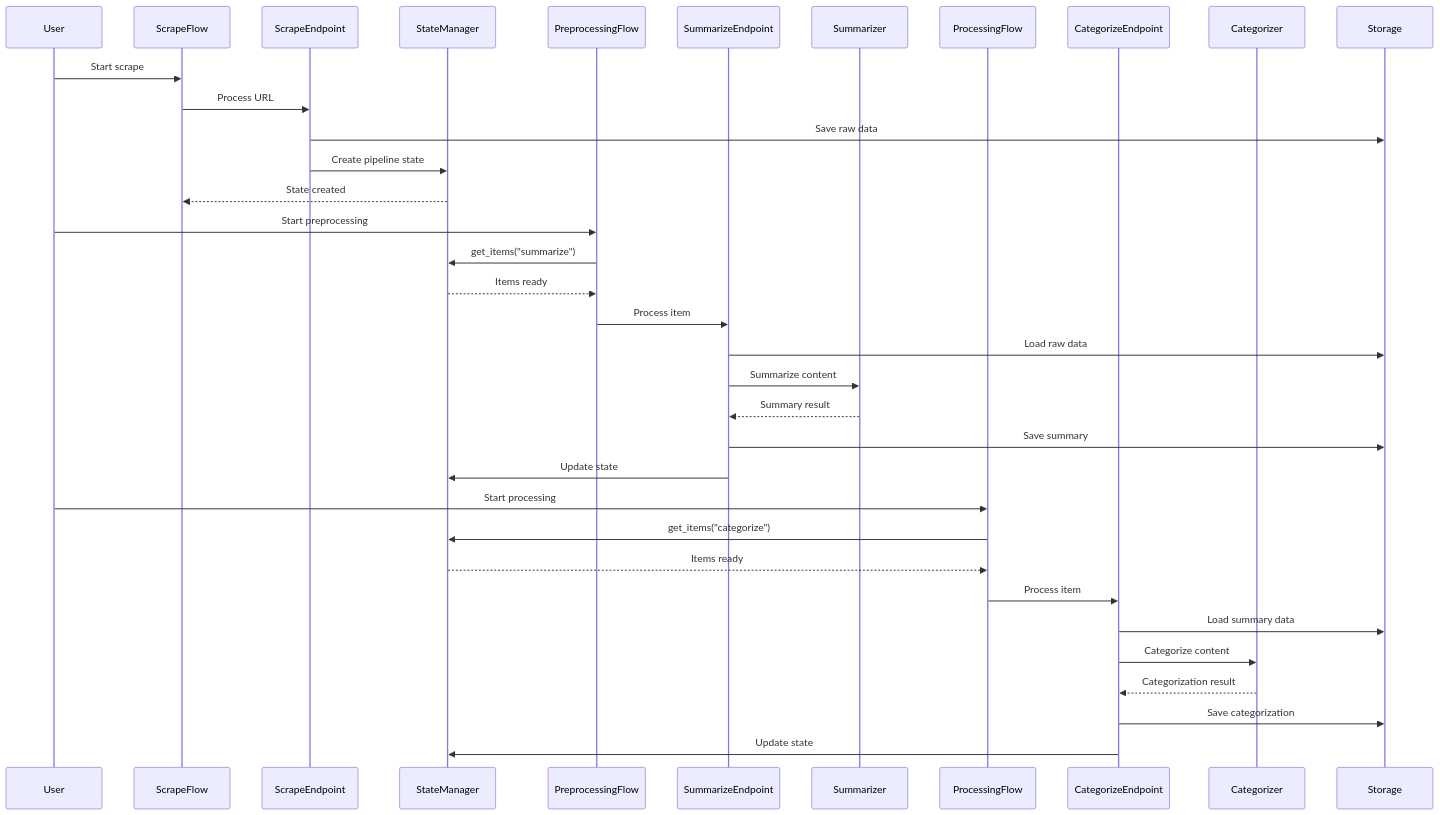
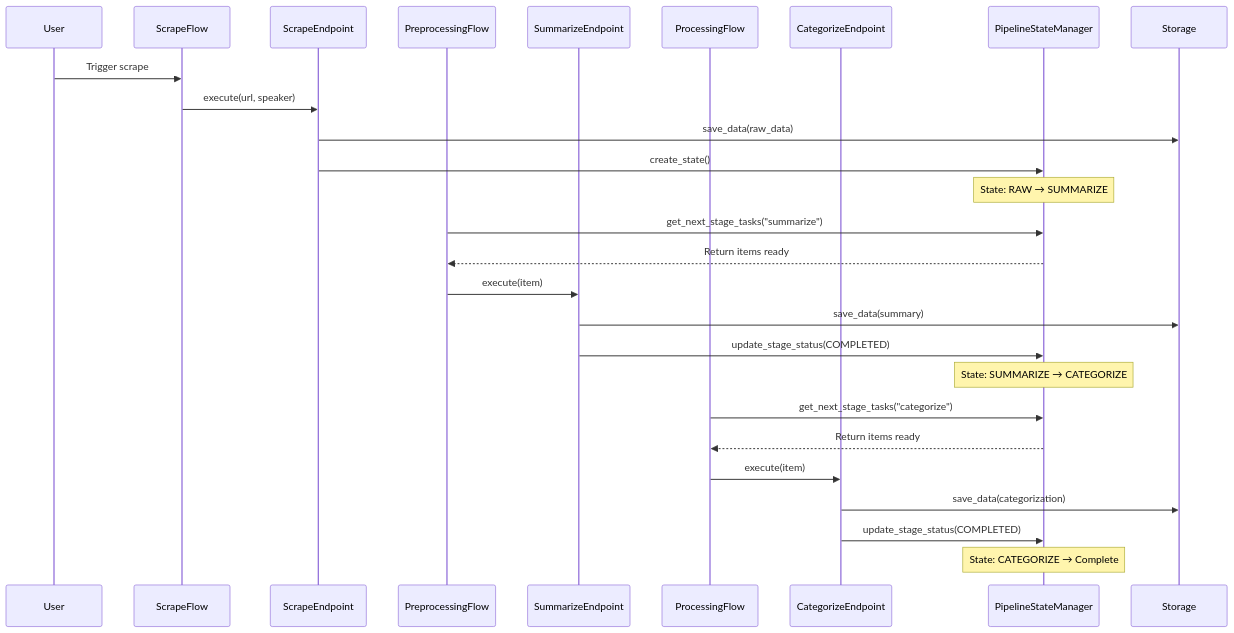
One commit to dmitriyratu/DiscourseKG changed the fifth of 5 diagrams in documentation/architecture.md. Above: the diagram before and after it, drawn with Mermaid. The commit also changed other lines of this file and 16 other files, not shown here.

````diff
--- a/documentation/architecture.md
+++ b/documentation/architecture.md
@@ -250,40 +219,35 @@
 ```mermaid
 sequenceDiagram
     participant User
     participant ScrapeFlow
     participant ScrapeEndpoint
-    participant StateManager
     participant PreprocessingFlow
     participant SummarizeEndpoint
-    participant Summarizer
     participant ProcessingFlow
     participant CategorizeEndpoint
-    participant Categorizer
+    participant PipelineStateManager
     participant Storage
     
-    User->>ScrapeFlow: Start scrape
-    ScrapeFlow->>ScrapeEndpoint: Process URL
-    ScrapeEndpoint->>Storage: Save raw data
-    ScrapeEndpoint->>StateManager: Create pipeline state
-    StateManager-->>ScrapeFlow: State created
+    User->>ScrapeFlow: Trigger scrape
+    ScrapeFlow->>ScrapeEndpoint: execute(url, speaker)
+    ScrapeEndpoint->>Storage: save_data(raw_data)
+    ScrapeEndpoint->>PipelineStateManager: create_state()
     
-    User->>PreprocessingFlow: Start preprocessing
-    PreprocessingFlow->>StateManager: get_items("summarize")
-    StateManager-->>PreprocessingFlow: Items ready
-    PreprocessingFlow->>SummarizeEndpoint: Process item
-    SummarizeEndpoint->>Storage: Load raw data
-    SummarizeEndpoint->>Summarizer: Summarize content
-    Summarizer-->>SummarizeEndpoint: Summary result
-    SummarizeEndpoint->>Storage: Save summary
-    SummarizeEndpoint->>StateManager: Update state
+    Note over PipelineStateManager: State: RAW → SUMMARIZE
     
-    User->>ProcessingFlow: Start processing
-    ProcessingFlow->>StateManager: get_items("categorize")
-    StateManager-->>ProcessingFlow: Items ready
-    ProcessingFlow->>CategorizeEndpoint: Process item
-    CategorizeEndpoint->>Storage: Load summary data
-    CategorizeEndpoint->>Categorizer: Categorize content
-    Categorizer-->>CategorizeEndpoint: Categorization result
-    CategorizeEndpoint->>Storage: Save categorization
-    CategorizeEndpoint->>StateManager: Update state
+    PreprocessingFlow->>PipelineStateManager: get_next_stage_tasks("summarize")
+    PipelineStateManager-->>PreprocessingFlow: Return items ready
+    PreprocessingFlow->>SummarizeEndpoint: execute(item)
+    SummarizeEndpoint->>Storage: save_data(summary)
+    SummarizeEndpoint->>PipelineStateManager: update_stage_status(COMPLETED)
+    
+    Note over PipelineStateManager: State: SUMMARIZE → CATEGORIZE
+    
+    ProcessingFlow->>PipelineStateManager: get_next_stage_tasks("categorize")
+    PipelineStateManager-->>ProcessingFlow: Return items ready
+    ProcessingFlow->>CategorizeEndpoint: execute(item)
+    CategorizeEndpoint->>Storage: save_data(categorization)
+    CategorizeEndpoint->>PipelineStateManager: update_stage_status(COMPLETED)
+    
+    Note over PipelineStateManager: State: CATEGORIZE → Complete
 ```
````
